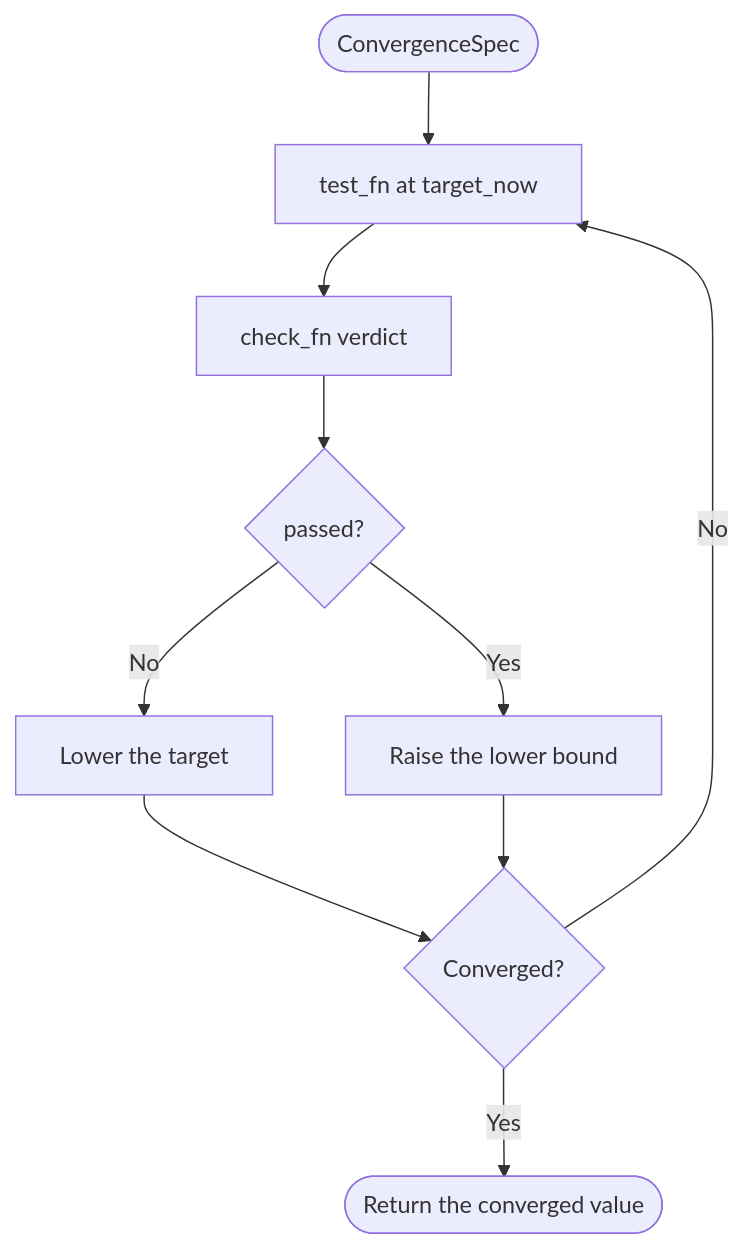
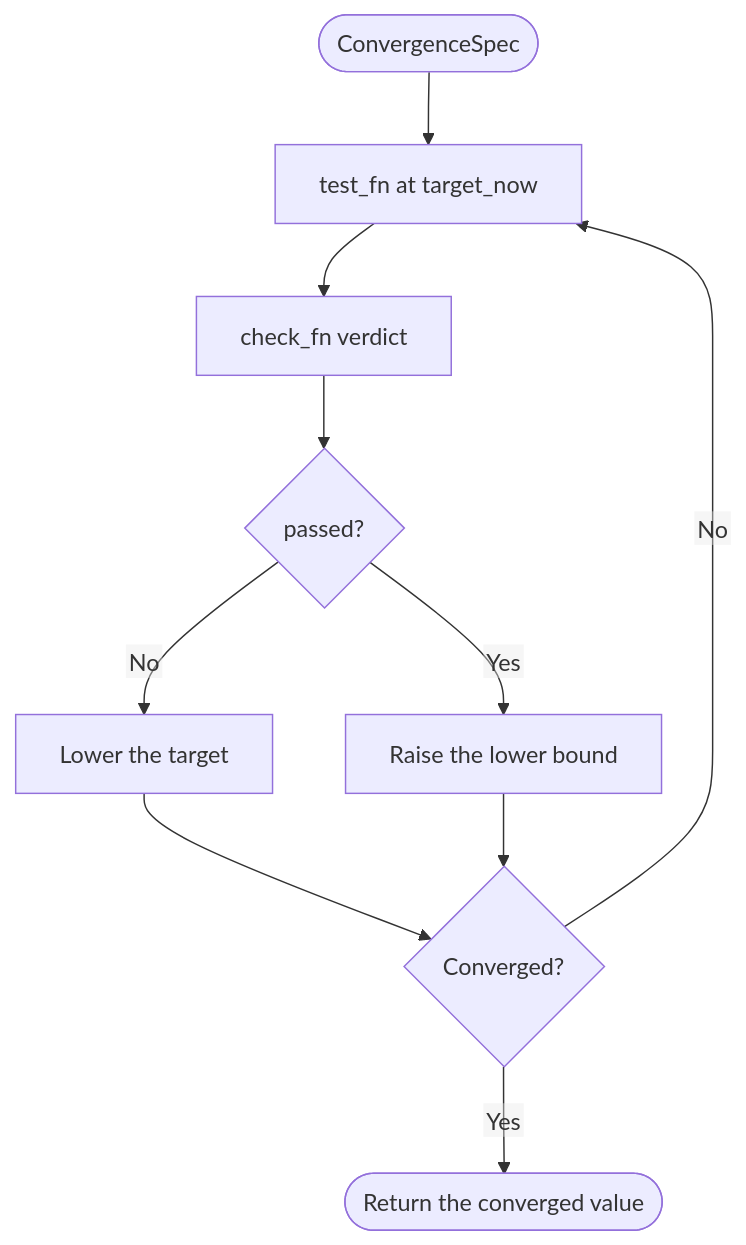
Before and after one commit to isoroku41226971/Xtramus-Modular-Network-Testing: the third of 3 diagrams in python-app/README.md, drawn with Mermaid. The commit also changed other lines of this file, not shown here.

Commit message:
docs: keep Mermaid diagram labels from being clipped on GitHub

````diff
--- a/python-app/README.md
+++ b/python-app/README.md
@@ -145,12 +147,13 @@
 ```mermaid
+%%{init: {"flowchart": {"htmlLabels": false}}}%%
 flowchart TD
     Start(["ConvergenceSpec"]) --> C1["test_fn at target_now"]
     C1 --> C2["check_fn verdict"]
     C2 --> C3{"passed?"}
     C3 -->|No| C4["Lower the target"]
     C3 -->|Yes| C5["Raise the lower bound"]
     C4 --> C6{"Converged?"}
     C5 --> C6
     C6 -->|No| C1
     C6 -->|Yes| End(["Return the converged value"])
 ```
````
